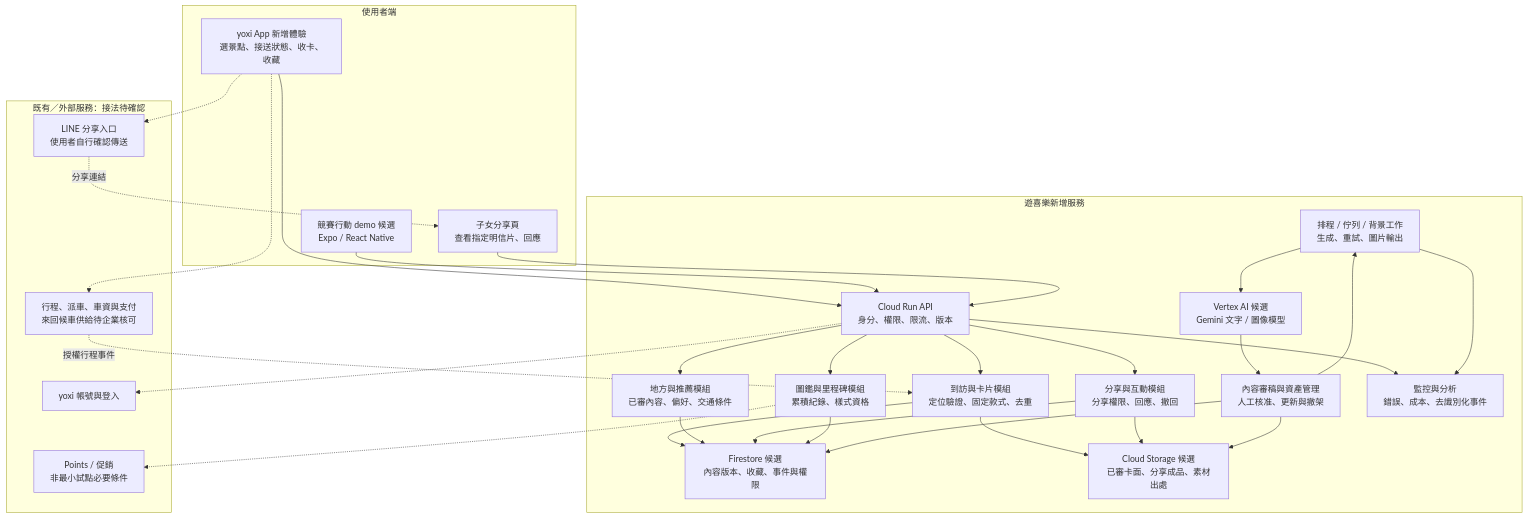
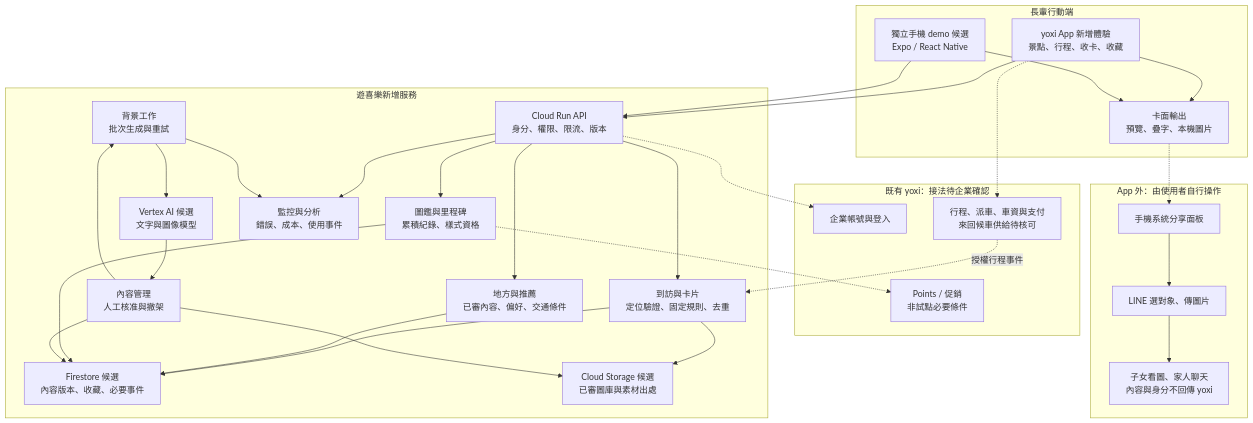
One commit to Ricky610329/Yoxi_app_design changed the second of 4 diagrams in pitch/writing/01-solution-architecture.md. Above: the diagram before and after it, drawn with Mermaid. The commit also changed other lines of this file and 22 other files, not shown here.

Commit message:
docs: 釐清 LINE 外部分享邊界並補齊 Expo 技術棧圖解

````diff
--- a/pitch/writing/01-solution-architecture.md
+++ b/pitch/writing/01-solution-architecture.md
@@ -19,53 +40,55 @@
 ```mermaid
 flowchart TB
-  subgraph CLIENT["使用者端"]
-    APP["yoxi App 新增體驗<br/>選景點、接送狀態、收卡、收藏"]
-    FAMILY["子女分享頁<br/>查看指定明信片、回應"]
-    DEMO["競賽行動 demo 候選<br/>Expo / React Native"]
+  subgraph CLIENT["長輩行動端"]
+    APP["yoxi App 新增體驗<br/>景點、行程、收卡、收藏"]
+    DEMO["獨立手機 demo 候選<br/>Expo / React Native"]
+    EXPORT["卡面輸出<br/>預覽、疊字、本機圖片"]
   end
   subgraph NEW["遊喜樂新增服務"]
     API["Cloud Run API<br/>身分、權限、限流、版本"]
-    PLACE["地方與推薦模組<br/>已審內容、偏好、交通條件"]
-    VISIT["到訪與卡片模組<br/>定位驗證、固定款式、去重"]
-    SHARE["分享與互動模組<br/>分享權限、回應、撤回"]
-    BOOK["圖鑑與里程碑模組<br/>累積紀錄、樣式資格"]
-    DB["Firestore 候選<br/>內容版本、收藏、事件與權限"]
-    STORAGE["Cloud Storage 候選<br/>已審卡面、分享成品、素材出處"]
-    JOB["排程 / 佇列 / 背景工作<br/>生成、重試、圖片輸出"]
-    AI["Vertex AI 候選<br/>Gemini 文字 / 圖像模型"]
-    CMS["內容審稿與資產管理<br/>人工核准、更新與撤架"]
-    OPS["監控與分析<br/>錯誤、成本、去識別化事件"]
+    PLACE["地方與推薦<br/>已審內容、偏好、交通條件"]
+    VISIT["到訪與卡片<br/>定位驗證、固定規則、去重"]
+    BOOK["圖鑑與里程碑<br/>累積紀錄、樣式資格"]
+    DB["Firestore 候選<br/>內容版本、收藏、必要事件"]
+    STORAGE["Cloud Storage 候選<br/>已審圖庫與素材出處"]
+    JOB["背景工作<br/>批次生成與重試"]
+    AI["Vertex AI 候選<br/>文字與圖像模型"]
+    CMS["內容管理<br/>人工核准與撤架"]
+    OPS["監控與分析<br/>錯誤、成本、使用事件"]
   end
-  subgraph EXIST["既有／外部服務：接法待確認"]
-    ID["yoxi 帳號與登入"]
-    RIDE["行程、派車、車資與支付<br/>來回候車供給待企業核可"]
-    LINE["LINE 分享入口<br/>使用者自行確認傳送"]
-    POINTS["Points / 促銷<br/>非最小試點必要條件"]
+  subgraph EXIST["既有 yoxi：接法待企業確認"]
+    ID["企業帳號與登入"]
+    RIDE["行程、派車、車資與支付<br/>來回候車供給待核可"]
+    POINTS["Points / 促銷<br/>非試點必要條件"]
+  end
+  subgraph OUTSIDE["App 外：由使用者自行操作"]
+    OS["手機系統分享面板"]
+    LINE["LINE 選對象、傳圖片"]
+    FAMILY["子女看圖、家人聊天<br/>內容與身分不回傳 yoxi"]
   end
   APP --> API
   DEMO --> API
-  FAMILY --> API
+  APP --> EXPORT
+  DEMO --> EXPORT
+  EXPORT -.-> OS
+  OS --> LINE
+  LINE --> FAMILY
   API -.-> ID
   APP -.-> RIDE
   API --> PLACE
   API --> VISIT
-  API --> SHARE
   API --> BOOK
   RIDE -. "授權行程事件" .-> VISIT
   VISIT --> DB
   PLACE --> DB
-  SHARE --> DB
   BOOK --> DB
   VISIT --> STORAGE
-  SHARE --> STORAGE
   CMS --> JOB
   JOB --> AI
   AI --> CMS
   CMS --> DB
   CMS --> STORAGE
-  APP -.-> LINE
-  LINE -. "分享連結" .-> FAMILY
   BOOK -.-> POINTS
   API --> OPS
   JOB --> OPS
 ```
````
